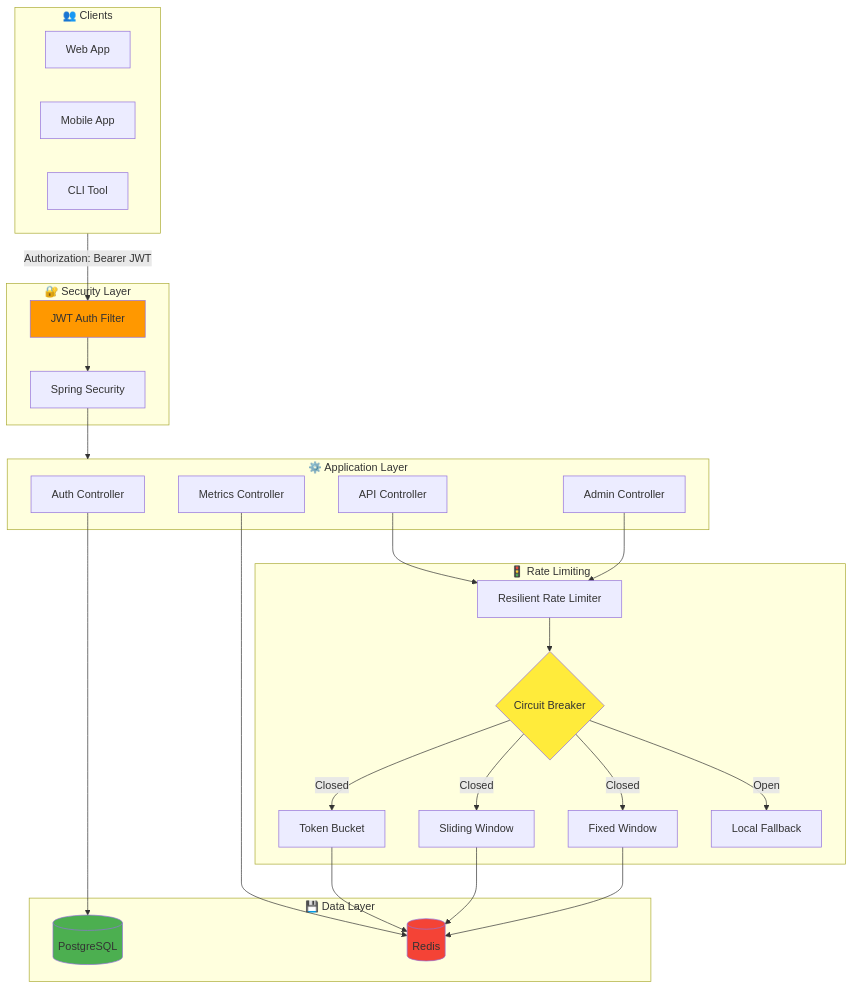
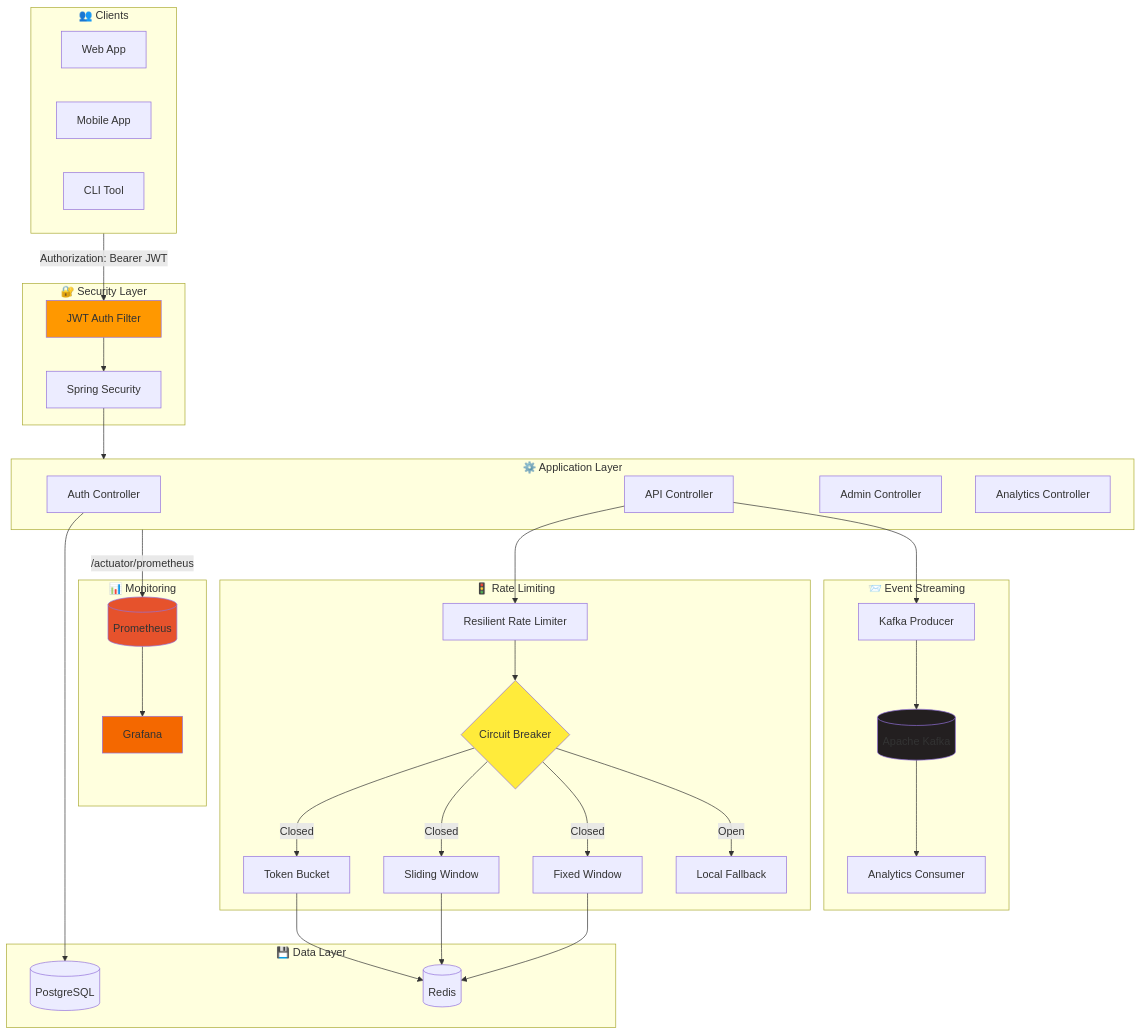
Before and after one commit to Rugved-142/RatelimitX: the first of 3 diagrams in README.md, drawn with Mermaid. The commit also changed other lines of this file, not shown here.

````diff
--- a/README.md
+++ b/README.md
@@ -99,53 +118,70 @@
 ```mermaid
 flowchart TB
     subgraph Clients["👥 Clients"]
         WEB[Web App]
         MOBILE[Mobile App]
         CLI[CLI Tool]
     end
 
     subgraph Gateway["🔐 Security Layer"]
         JWT[JWT Auth Filter]
         SEC[Spring Security]
     end
 
     subgraph App["⚙️ Application Layer"]
         AUTH[Auth Controller]
         API[API Controller]
         ADMIN[Admin Controller]
-        METRICS[Metrics Controller]
+        ANALYTICS[Analytics Controller]
     end
 
     subgraph RateLimit["🚦 Rate Limiting"]
         RL[Resilient Rate Limiter]
         CB{Circuit Breaker}
         TB[Token Bucket]
         SW[Sliding Window]
         FW[Fixed Window]
         LOCAL[Local Fallback]
+    end
+
+    subgraph EventStream["📨 Event Streaming"]
+        PRODUCER[Kafka Producer]
+        KAFKA[(Apache Kafka)]
+        CONSUMER[Analytics Consumer]
+    end
+
+    subgraph Monitoring["📊 Monitoring"]
+        PROM[(Prometheus)]
+        GRAF[Grafana]
     end
 
     subgraph Data["💾 Data Layer"]
         PG[(PostgreSQL)]
         REDIS[(Redis)]
     end
 
     Clients -->|"Authorization: Bearer JWT"| JWT
     JWT --> SEC
     SEC --> App
     
     AUTH --> PG
     API --> RL
-    ADMIN --> RL
-    METRICS --> REDIS
+    API --> PRODUCER
     
     RL --> CB
     CB -->|Closed| TB & SW & FW
     CB -->|Open| LOCAL
     TB & SW & FW --> REDIS
+    
+    PRODUCER --> KAFKA
+    KAFKA --> CONSUMER
+    
+    App -->|/actuator/prometheus| PROM
+    PROM --> GRAF
 
     style JWT fill:#ff9800
     style CB fill:#ffeb3b
-    style PG fill:#4caf50
-    style REDIS fill:#f44336
+    style KAFKA fill:#231f20
+    style PROM fill:#e6522c
+    style GRAF fill:#f46800
 ```
````
